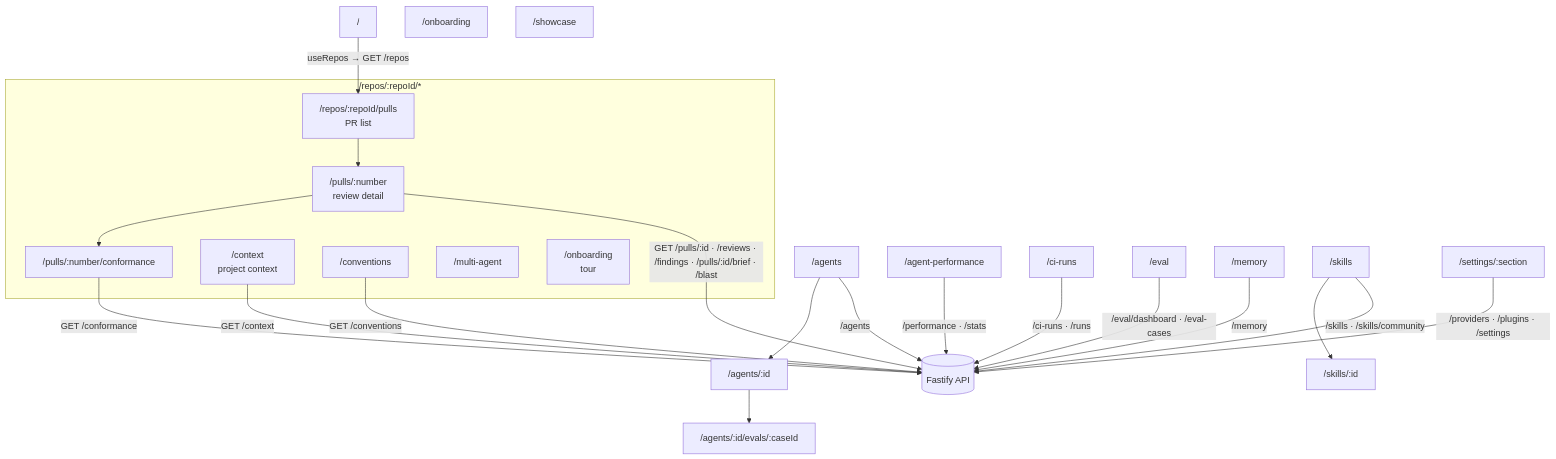
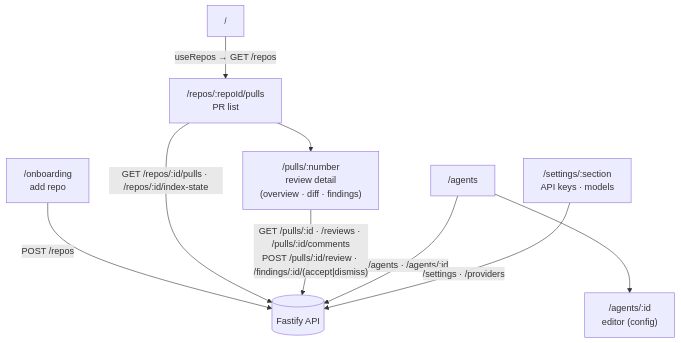
The diagram in client/README.md (VaLeXaR/dev-digest), drawn with Mermaid before and after one commit. The commit also changed other lines of this file and 7 other files, not shown here.

First line of the commit message:
docs(part0): redraw reviewer diagrams + describe the starter repo

````diff
--- a/client/README.md
+++ b/client/README.md
@@ -22,36 +24,14 @@
 ```mermaid
 flowchart TD
   ROOT["/"] -->|"useRepos → GET /repos"| PULLS["/repos/:repoId/pulls<br/>PR list"]
+  ONB["/onboarding<br/>add repo"] -->|"POST /repos"| API[("Fastify API")]
+  PULLS --> PR["/pulls/:number<br/>review detail<br/>(overview · diff · findings)"]
 
-  subgraph Repo["/repos/:repoId/*"]
-    PULLS --> PR["/pulls/:number<br/>review detail"]
-    PR --> CONF["/pulls/:number/conformance"]
-    CTX["/context<br/>project context"]
-    CONV["/conventions"]
-    MULTI["/multi-agent"]
-    RONB["/onboarding<br/>tour"]
-  end
+  AGENTS["/agents"] --> AGENT["/agents/:id<br/>editor (config)"]
+  SETTINGS["/settings/:section<br/>API keys · models"]
 
-  AGENTS["/agents"] --> AGENT["/agents/:id"]
-  AGENT --> EVALCASE["/agents/:id/evals/:caseId"]
-  PERF["/agent-performance"]
-  CIRUNS["/ci-runs"]
-  EVAL["/eval"]
-  MEM["/memory"]
-  SKILLS["/skills"] --> SKILL["/skills/:id"]
-  SETTINGS["/settings/:section"]
-  ONB["/onboarding"]
-  SHOW["/showcase"]
-
-  PR -->|"GET /pulls/:id · /reviews · /findings · /pulls/:id/brief · /blast"| API[("Fastify API")]
-  CONF -->|"GET /conformance"| API
-  CTX -->|"GET /context"| API
-  CONV -->|"GET /conventions"| API
-  AGENTS -->|"/agents"| API
-  EVAL -->|"/eval/dashboard · /eval-cases"| API
-  CIRUNS -->|"/ci-runs · /runs"| API
-  MEM -->|"/memory"| API
-  SKILLS -->|"/skills · /skills/community"| API
-  PERF -->|"/performance · /stats"| API
-  SETTINGS -->|"/providers · /plugins · /settings"| API
+  PULLS -->|"GET /repos/:id/pulls · /repos/:id/index-state"| API
+  PR -->|"GET /pulls/:id · /reviews · /pulls/:id/comments<br/>POST /pulls/:id/review · /findings/:id/(accept|dismiss)"| API
+  AGENTS -->|"/agents · /agents/:id"| API
+  SETTINGS -->|"/settings · /providers"| API
 ```
````
